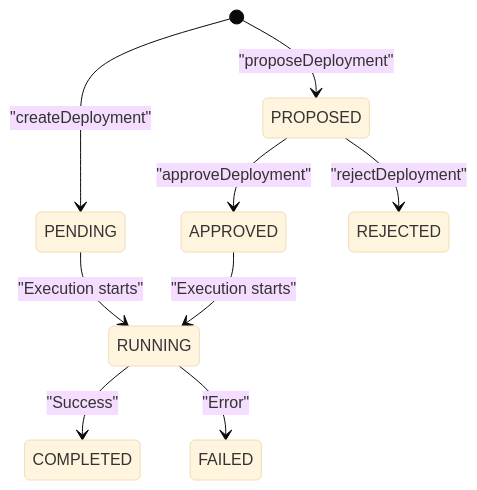
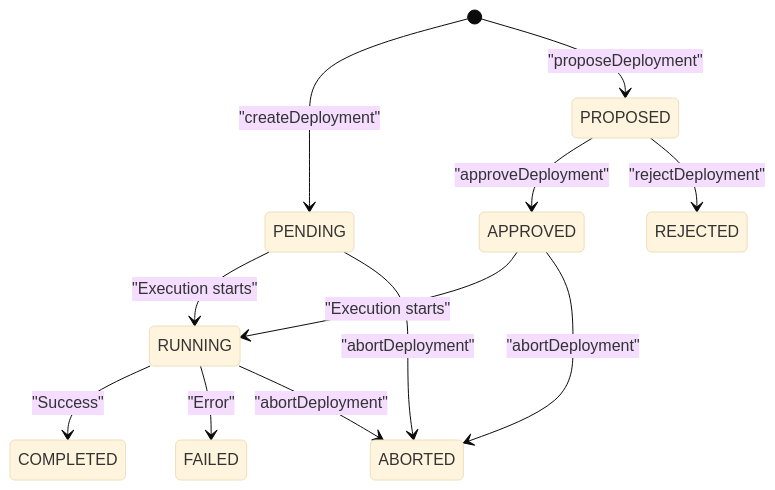
Before and after one commit to massdriver-cloud/docs: the diagram in docs/api/graphql/types/enums/deployment-status.mdx, drawn with Mermaid (base theme). The commit also changed other lines of this file and 45 other files, not shown here.

First line of the commit message:
Sync GraphQL docs and update ABAC permission reference

````diff
--- a/docs/api/graphql/types/enums/deployment-status.mdx
+++ b/docs/api/graphql/types/enums/deployment-status.mdx
@@ -51,11 +51,14 @@
 ```mermaid
 stateDiagram-v2
   [*] --> PENDING: "createDeployment"
   [*] --> PROPOSED: "proposeDeployment"
   PROPOSED --> APPROVED: "approveDeployment"
   PROPOSED --> REJECTED: "rejectDeployment"
   PENDING --> RUNNING: "Execution starts"
   APPROVED --> RUNNING: "Execution starts"
   RUNNING --> COMPLETED: "Success"
   RUNNING --> FAILED: "Error"
+  PENDING --> ABORTED: "abortDeployment"
+  APPROVED --> ABORTED: "abortDeployment"
+  RUNNING --> ABORTED: "abortDeployment"
 ```
````
